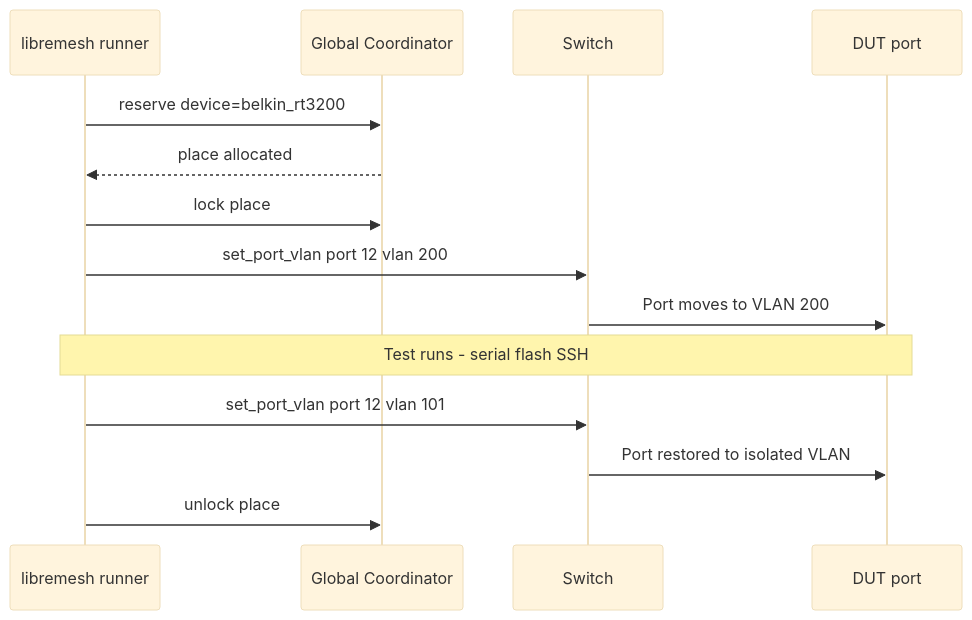
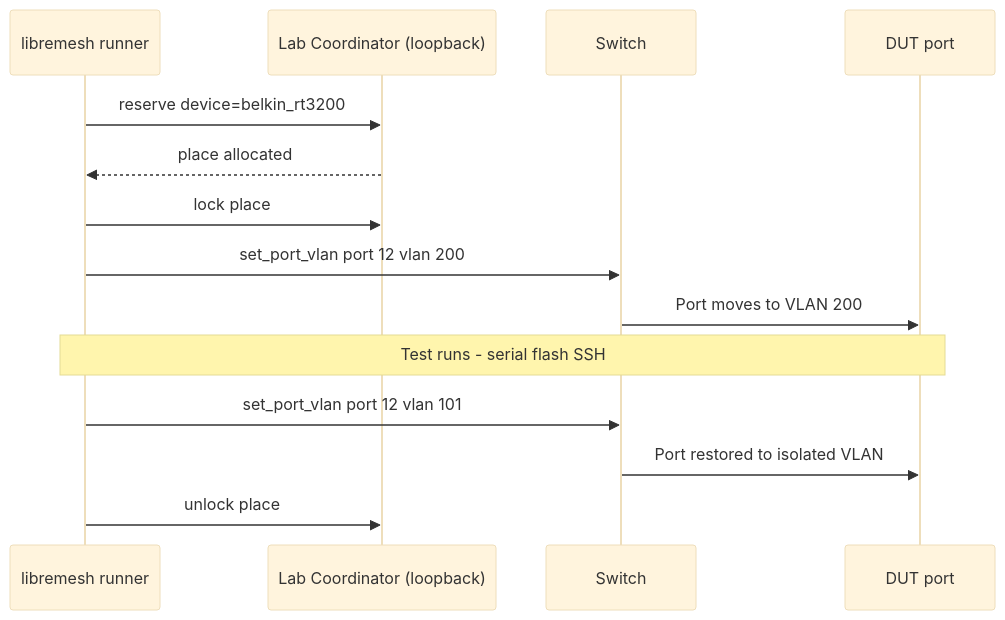
The second of 3 diagrams in docs/diseno/lab-architecture.md (ccasanueva7/fcefyn_testbed_utils), drawn with Mermaid (base theme) before and after one commit. The commit also changed other lines of this file and 9 other files, not shown here.

````diff
--- a/docs/diseno/lab-architecture.md
+++ b/docs/diseno/lab-architecture.md
@@ -99,17 +98,17 @@
 ```mermaid
 sequenceDiagram
     participant CI as libremesh runner
-    participant COORD as Global Coordinator
+    participant COORD as Lab Coordinator (loopback)
     participant SW as Switch
     participant DUT as DUT port
 
     CI->>COORD: reserve device=belkin_rt3200
     COORD-->>CI: place allocated
     CI->>COORD: lock place
     CI->>SW: set_port_vlan port 12 vlan 200
     SW->>DUT: Port moves to VLAN 200
     Note over CI,DUT: Test runs - serial flash SSH
     CI->>SW: set_port_vlan port 12 vlan 101
     SW->>DUT: Port restored to isolated VLAN
     CI->>COORD: unlock place
 ```
````
